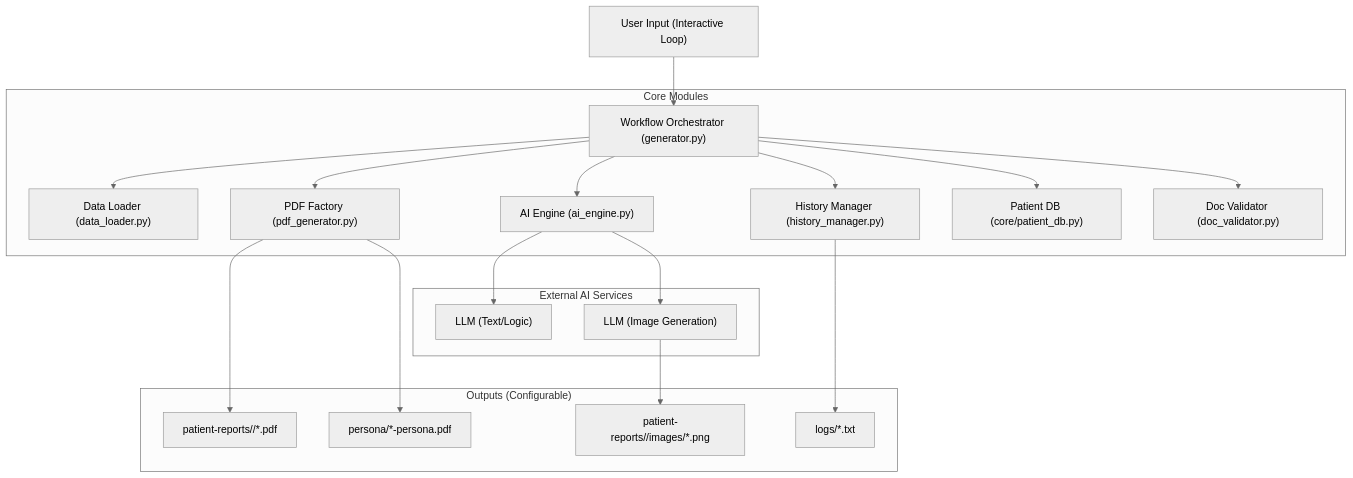
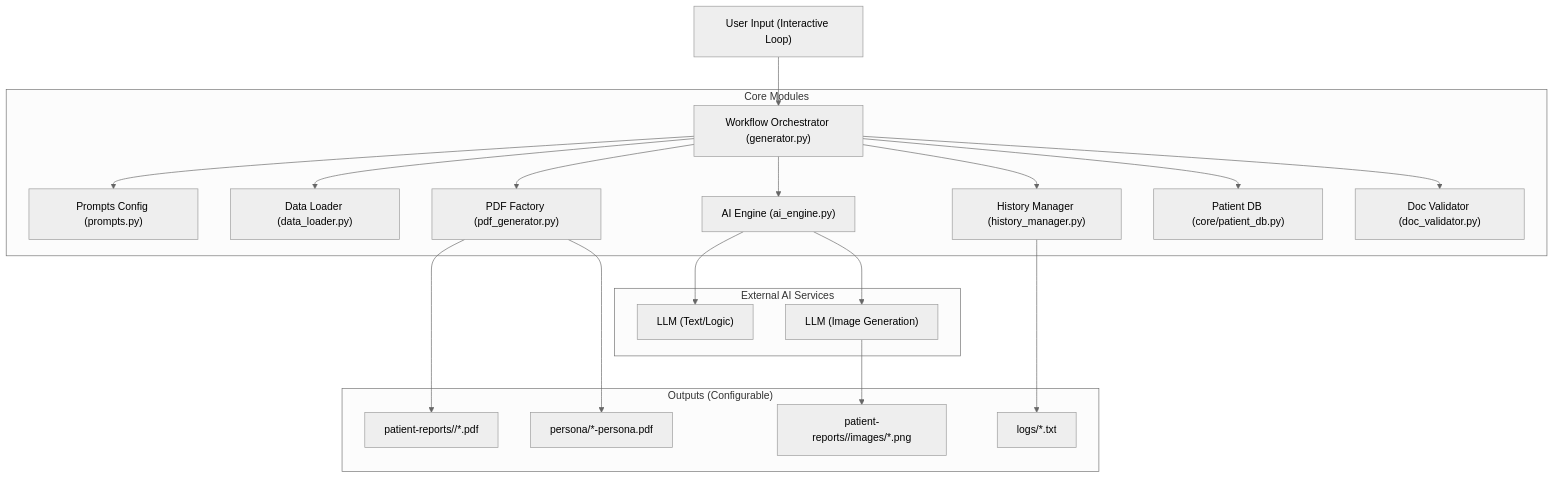
One commit to akshaykumarar3/pdgenerator changed the diagram in ARCHITECTURE.md. Above: the diagram before and after it, drawn with Mermaid (neutral theme). The commit also changed other lines of this file and 9 other files, not shown here.

Commit message:
updated the architecture to have more control on the prompt instructions

````diff
--- a/ARCHITECTURE.md
+++ b/ARCHITECTURE.md
@@ -11,25 +11,26 @@
 ```mermaid
 graph TD
     UserInput["User Input (Interactive Loop)"] --> Generator["Workflow Orchestrator (generator.py)"]
     
     subgraph "Core Modules"
+        Generator --> Prompts["Prompts Config (prompts.py)"]
         Generator --> Loader["Data Loader (data_loader.py)"]
         Generator --> AI["AI Engine (ai_engine.py)"]
         Generator --> PDF["PDF Factory (pdf_generator.py)"]
         Generator --> History["History Manager (history_manager.py)"]
         Generator --> DB["Patient DB (core/patient_db.py)"]
         Generator --> Val["Doc Validator (doc_validator.py)"]
     end
     
     subgraph "External AI Services"
         AI --> LLMText["LLM (Text/Logic)"]
         AI --> LLMImage["LLM (Image Generation)"]
     end
     
     subgraph "Outputs (Configurable)"
         PDF --> Docs["patient-reports/<ID>/*.pdf"]
         PDF --> Persona["persona/*-persona.pdf"]
         LLMImage --> Images["patient-reports/<ID>/images/*.png"]
         History --> Logs["logs/*.txt"]
     end
 ```
````
